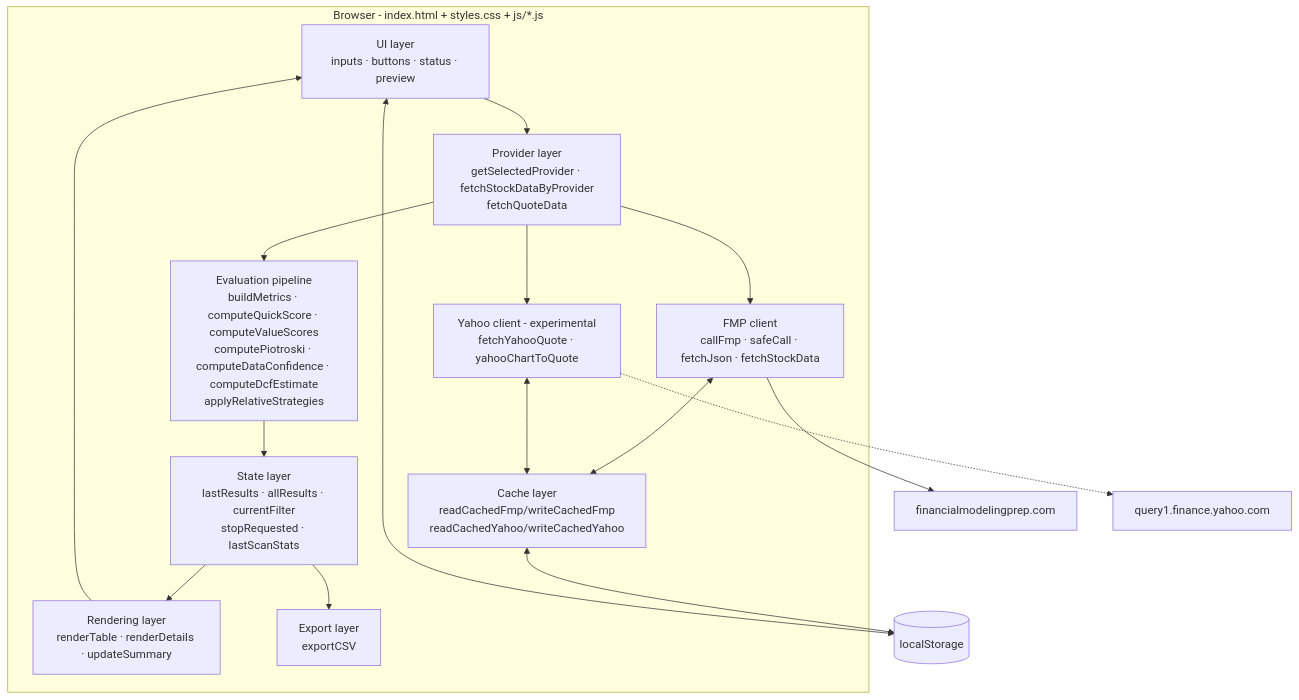
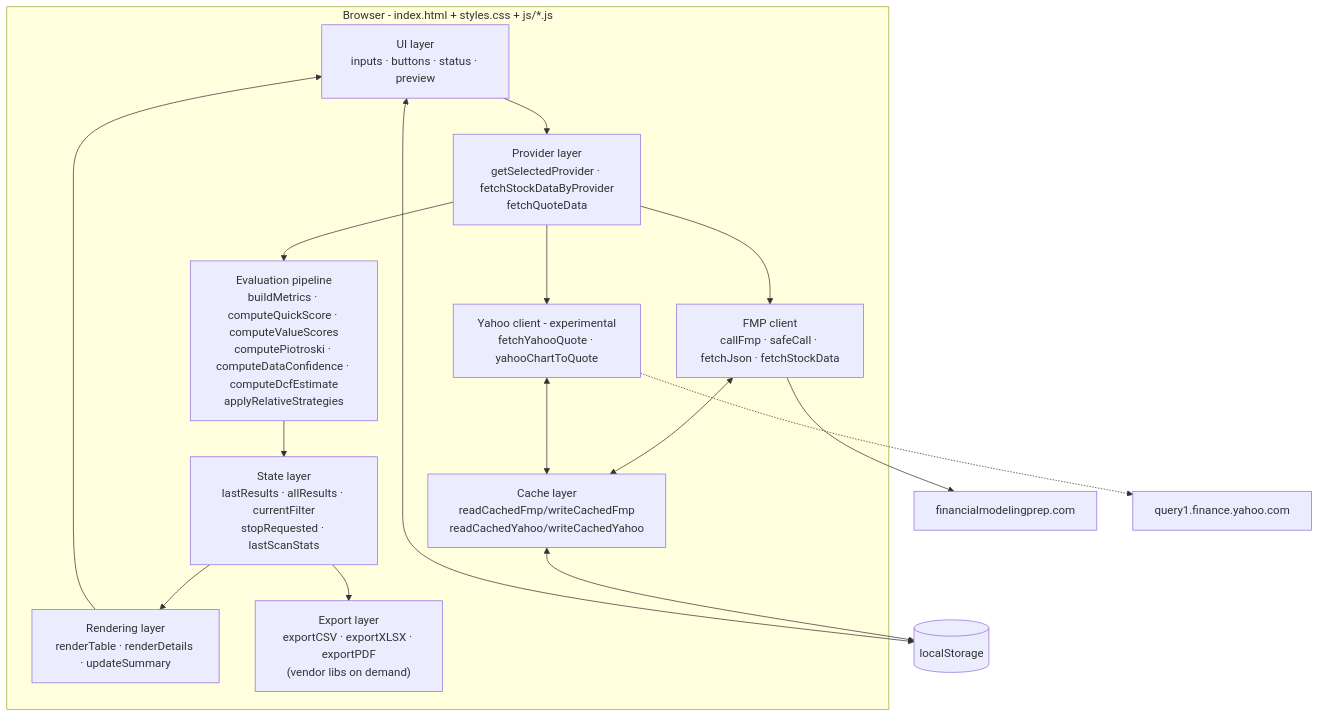
The first of 2 diagrams in docs/architecture.md (Shlomi-Hazan/value-stock-finder), drawn with Mermaid before and after one commit. The commit also changed other lines of this file and 22 other files, not shown here.

First line of the commit message:
Improve results details modal and XLSX/PDF exports (#12)

````diff
--- a/docs/architecture.md
+++ b/docs/architecture.md
@@ -38,29 +39,29 @@
 ```mermaid
 flowchart TB
   subgraph Browser["Browser - index.html + styles.css + js/*.js"]
     UI["UI layer<br/>inputs · buttons · status · preview"]
     State["State layer<br/>lastResults · allResults · currentFilter<br/>stopRequested · lastScanStats"]
     Prov["Provider layer<br/>getSelectedProvider · fetchStockDataByProvider<br/>fetchQuoteData"]
     FMPc["FMP client<br/>callFmp · safeCall · fetchJson · fetchStockData"]
     YC["Yahoo client - experimental<br/>fetchYahooQuote · yahooChartToQuote"]
     Cache["Cache layer<br/>readCachedFmp/writeCachedFmp<br/>readCachedYahoo/writeCachedYahoo"]
     Eval["Evaluation pipeline<br/>buildMetrics · computeQuickScore · computeValueScores<br/>computePiotroski · computeDataConfidence · computeDcfEstimate<br/>applyRelativeStrategies"]
     Render["Rendering layer<br/>renderTable · renderDetails · updateSummary"]
-    Export["Export layer<br/>exportCSV"]
+    Export["Export layer<br/>exportCSV · exportXLSX · exportPDF<br/>(vendor libs on demand)"]
   end
   LS[("localStorage")]
   FMP["financialmodelingprep.com"]
   YF["query1.finance.yahoo.com"]
 
   UI --> Prov
   Prov --> FMPc
   Prov --> YC
   FMPc <--> Cache
   YC <--> Cache
   Cache <--> LS
   UI <--> LS
   FMPc --> FMP
   YC -.-> YF
   Prov --> Eval --> State --> Render --> UI
   State --> Export
 ```
````
